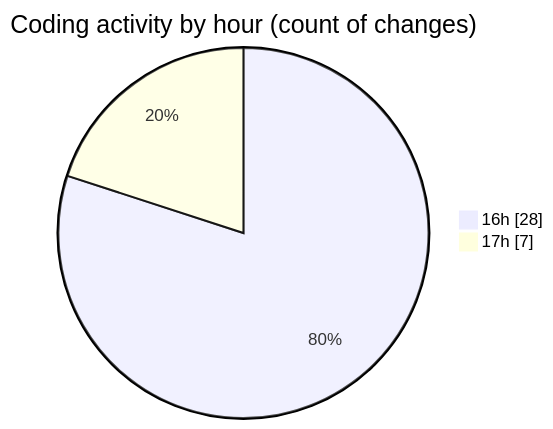
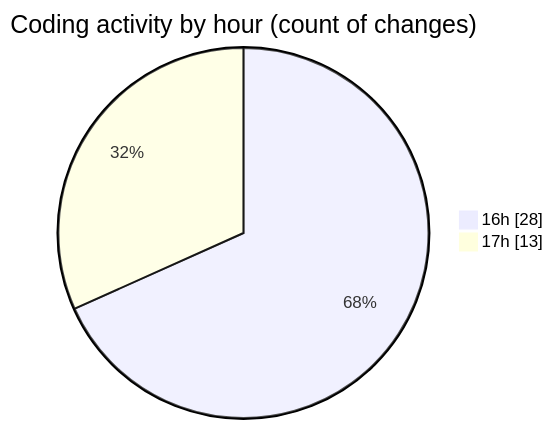
The second of 2 diagrams in 2025-01-15/trackers_app/README.md (donsfak/code-tracking), drawn with Mermaid before and after one commit. The commit also changed other lines of this file and 1 other file, not shown here.

````diff
--- a/2025-01-15/trackers_app/README.md
+++ b/2025-01-15/trackers_app/README.md
@@ -33,6 +36,6 @@
 ```mermaid
 pie showData
 title Coding activity by hour (count of changes)
 "16h" : 28
-"17h" : 7
+"17h" : 13
 ```
````
